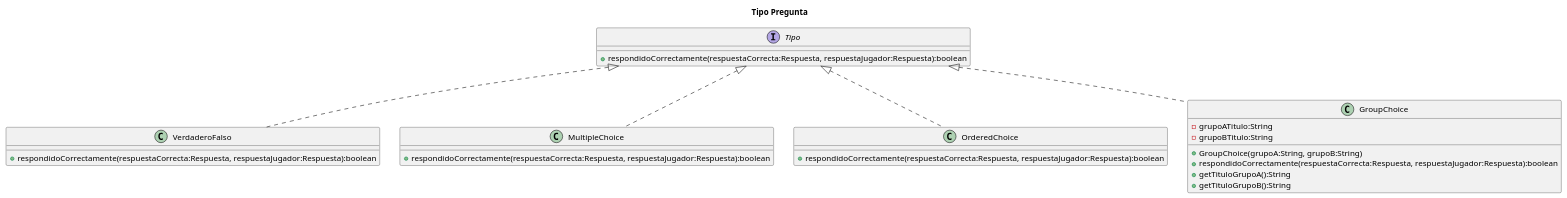
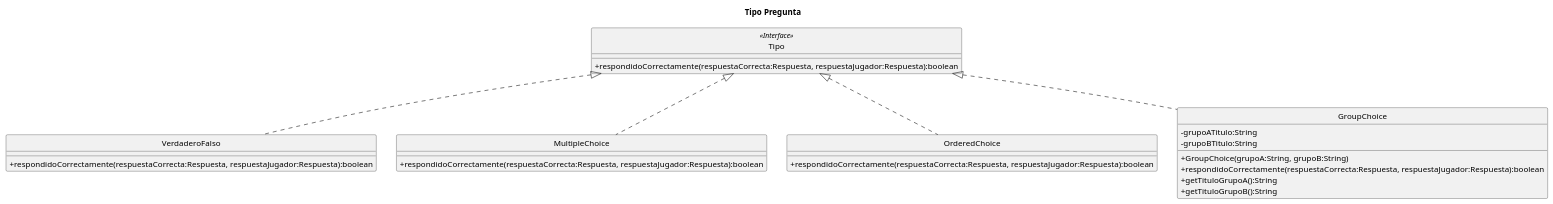
One commit to TomasContessi/g12-tp2-1c-2024 changed the diagram in diagramas/clases/diagramaClasesTipoPregunta.puml. Above: the diagram before and after it, drawn with PlantUML. The commit also changed 31 other files, not shown here.

Commit message:
Agrego un diagrama y algunas correcciones

```diff
--- a/diagramas/clases/diagramaClasesTipoPregunta.puml
+++ b/diagramas/clases/diagramaClasesTipoPregunta.puml
@@ -1,39 +1,42 @@
 @startuml
 
-'https://plantuml.com/class-diagram
+skinparam monochrome true
+hide circle
+skinparam classAttributeIconSize 0
 
 title "Tipo Pregunta"
 
-
-interface Tipo {
+class Tipo {
     + respondidoCorrectamente(respuestaCorrecta:Respuesta, respuestaJugador:Respuesta):boolean
 }
 
 class VerdaderoFalso {
     + respondidoCorrectamente(respuestaCorrecta:Respuesta, respuestaJugador:Respuesta):boolean
 }
 
 class MultipleChoice {
     + respondidoCorrectamente(respuestaCorrecta:Respuesta, respuestaJugador:Respuesta):boolean
 }
 
 class OrderedChoice{
     + respondidoCorrectamente(respuestaCorrecta:Respuesta, respuestaJugador:Respuesta):boolean
 }
 
 class GroupChoice {
     - grupoATitulo:String
     - grupoBTitulo:String
 
     + GroupChoice(grupoA:String, grupoB:String)
     + respondidoCorrectamente(respuestaCorrecta:Respuesta, respuestaJugador:Respuesta):boolean
     + getTituloGrupoA():String
     + getTituloGrupoB():String
 }
 
+Tipo <<Interface>>
+
 Tipo <|.. GroupChoice
 Tipo <|.. VerdaderoFalso
 Tipo <|.. MultipleChoice    
 Tipo <|.. OrderedChoice
 
 @enduml
```
